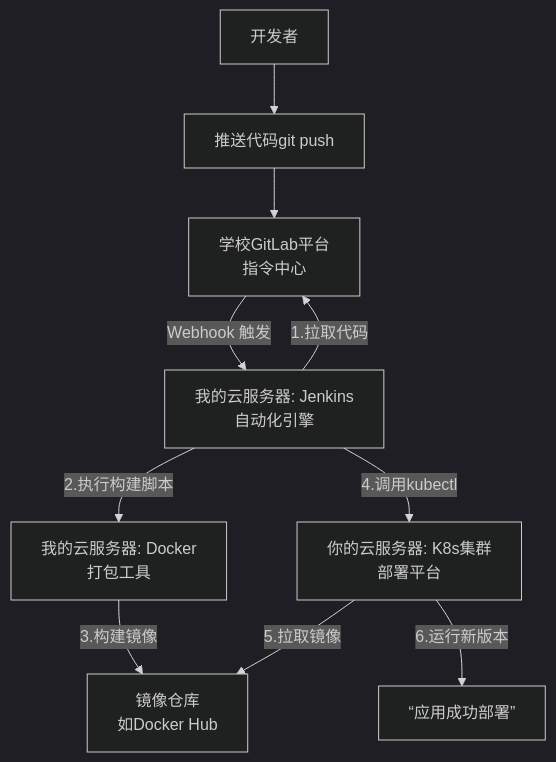
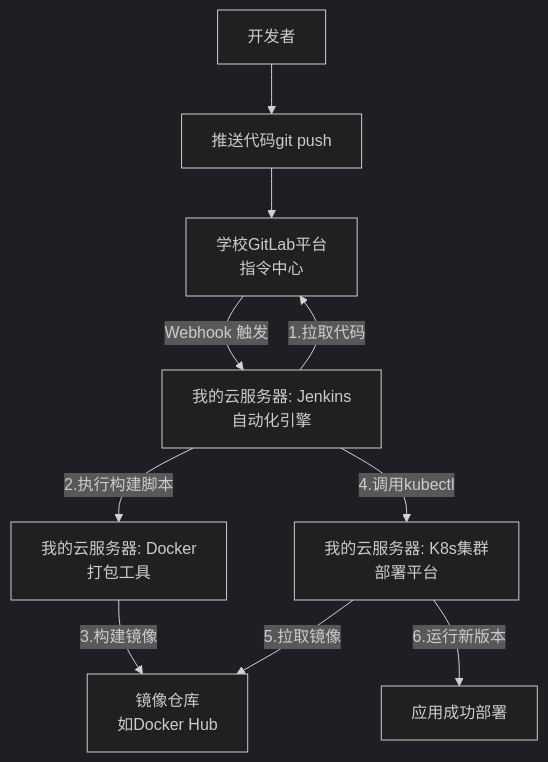
One commit to 2445928989/Notes changed the diagram in Notes/CICD/REMOTE/day2.md. Above: the diagram before and after it, drawn with Mermaid (dark theme). The commit also changed other lines of this file, not shown here.

````diff
--- a/Notes/CICD/REMOTE/day2.md
+++ b/Notes/CICD/REMOTE/day2.md
@@ -5,13 +5,13 @@
 ```mermaid
 flowchart TD
     A[开发者] --> B[推送代码git push]
     B --> C[学校GitLab平台<br>指令中心]
     C -- Webhook 触发 --> D[我的云服务器: Jenkins<br>自动化引擎]
     
     D -- 1.拉取代码 --> C
     D -- 2.执行构建脚本 --> E[我的云服务器: Docker<br>打包工具]
     E -- 3.构建镜像 --> F[镜像仓库<br>如Docker Hub]
-    D -- 4.调用kubectl --> G[你的云服务器: K8s集群<br>部署平台]
+    D -- 4.调用kubectl --> G[我的云服务器: K8s集群<br>部署平台]
     G -- 5.拉取镜像 --> F
-    G -- 6.运行新版本 --> H[“应用成功部署”]
+    G -- 6.运行新版本 --> H[应用成功部署]
 ```
````
